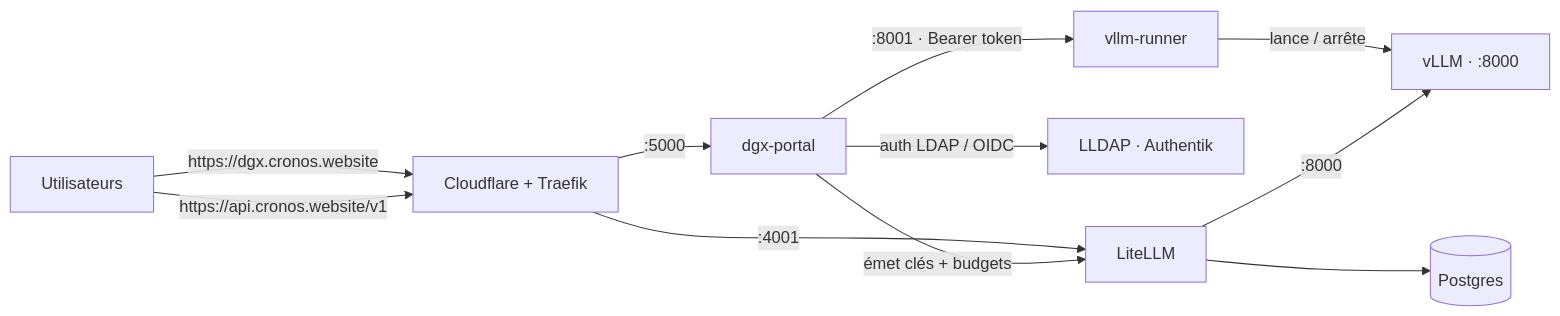
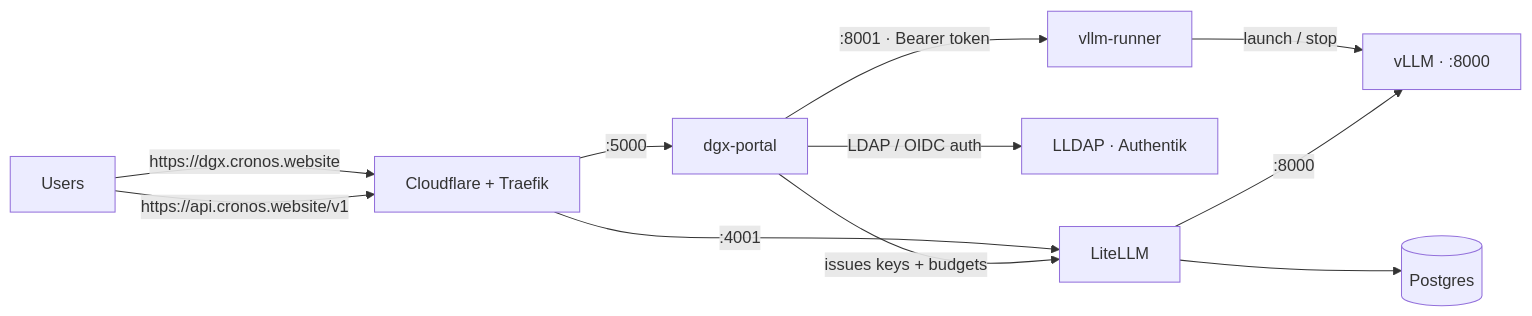
The diagram in README.md (Sunderrrr/dgx-spark-llm-platform), drawn with Mermaid before and after one commit. The commit also changed other lines of this file and 1 other file, not shown here.

````diff
--- a/README.md
+++ b/README.md
@@ -13,13 +23,13 @@
 ```mermaid
 flowchart LR
-  U[Utilisateurs] -->|https://dgx.cronos.website| CF[Cloudflare + Traefik]
+  U[Users] -->|https://dgx.cronos.website| CF[Cloudflare + Traefik]
   U -->|https://api.cronos.website/v1| CF
   CF -->|:5000| P[dgx-portal]
   CF -->|:4001| L[LiteLLM]
-  P -->|auth LDAP / OIDC| IDP[LLDAP · Authentik]
-  P -->|émet clés + budgets| L
+  P -->|LDAP / OIDC auth| IDP[LLDAP · Authentik]
+  P -->|issues keys + budgets| L
   P -->|:8001 · Bearer token| R[vllm-runner]
-  R -->|lance / arrête| V[vLLM · :8000]
+  R -->|launch / stop| V[vLLM · :8000]
   L -->|:8000| V
   L --> PG[(Postgres)]
 ```
````
